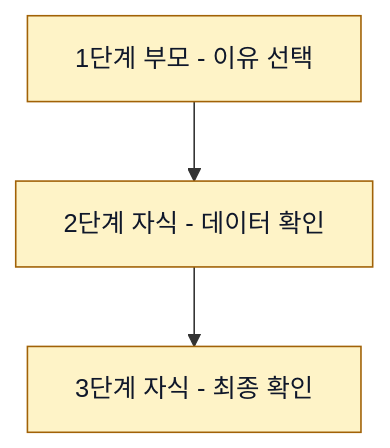
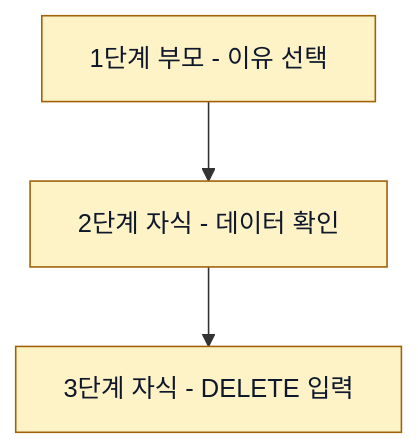
The fourth of 8 diagrams in content/diary/c/1.md (linisia/eric-company), drawn with Mermaid before and after one commit. The commit also changed other lines of this file and 1 other file, not shown here.

First line of the commit message:
fix(mermaid): unset global text fill override + diary(c)/1 본문 재구성

````diff
--- a/content/diary/c/1.md
+++ b/content/diary/c/1.md
@@ -88,8 +136,8 @@
 ```mermaid
 flowchart TD
     A[1단계 부모 - 이유 선택] --> B[2단계 자식 - 데이터 확인]
-    B --> C[3단계 자식 - 최종 확인]
+    B --> C[3단계 자식 - DELETE 입력]
     style A fill:#fef3c7,stroke:#a16207,color:#0f172a
     style B fill:#fef3c7,stroke:#a16207,color:#0f172a
     style C fill:#fef3c7,stroke:#a16207,color:#0f172a
 ```
````
